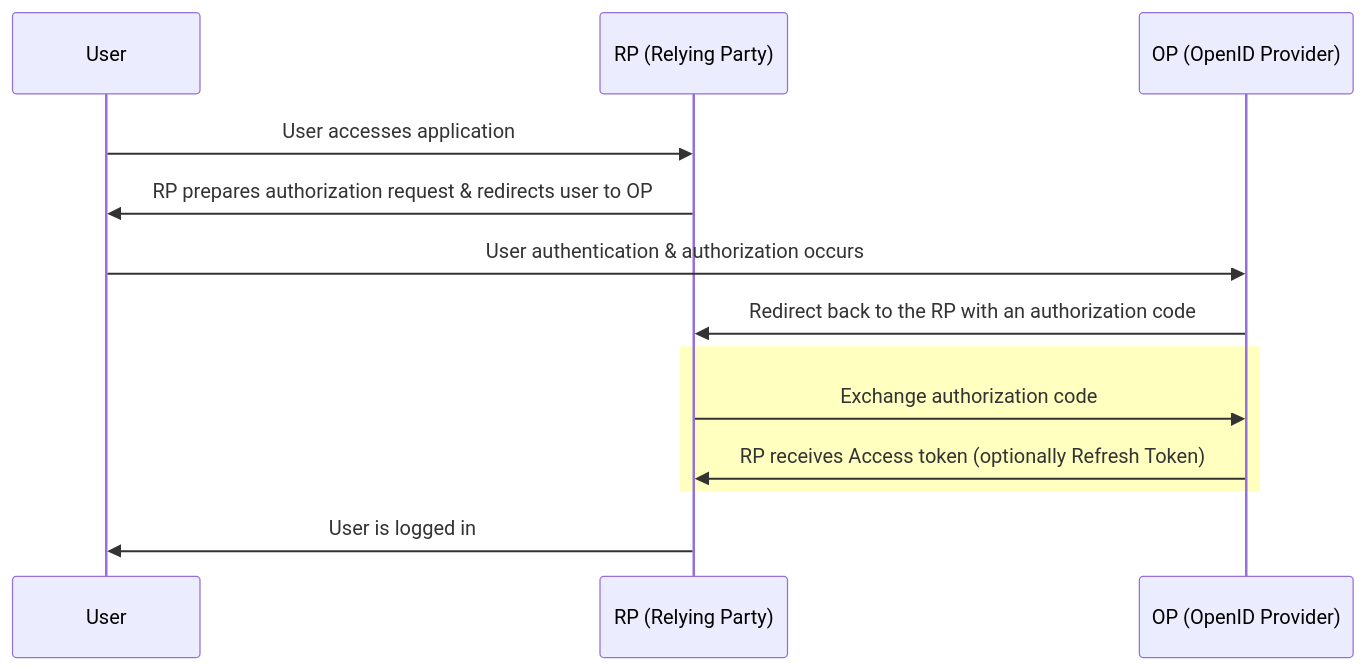
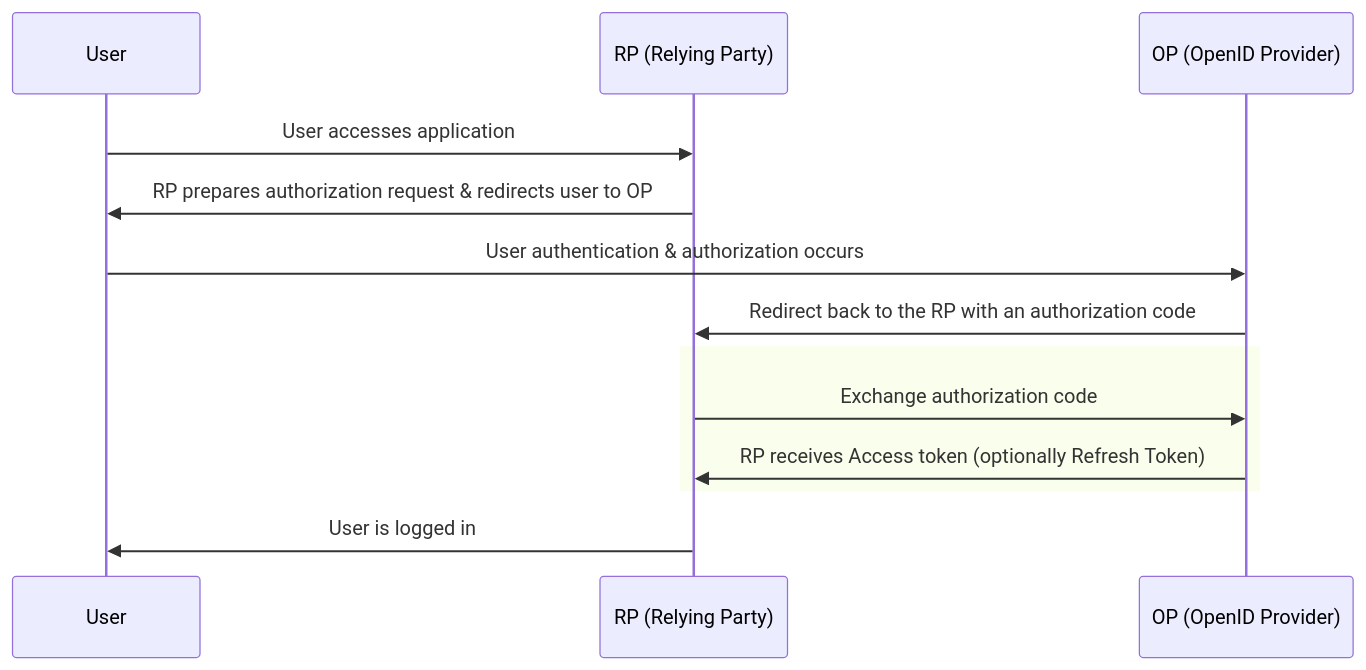
The diagram in website/docs/add-secure-apps/providers/oauth2/index.mdx (goauthentik/authentik), drawn with Mermaid before and after one commit. The commit also changed other lines of this file and 25 other files, not shown here.

````diff
--- a/website/docs/add-secure-apps/providers/oauth2/index.mdx
+++ b/website/docs/add-secure-apps/providers/oauth2/index.mdx
@@ -30,20 +30,20 @@
 ```mermaid
 sequenceDiagram
     participant user as User
     participant rp as RP (Relying Party)
     participant op as OP (OpenID Provider)
 
     user->>rp: User accesses application
     rp->>user: RP prepares authorization request & redirects user to OP
 
     user->>op: User authentication & authorization occurs
     op->>rp: Redirect back to the RP with an authorization code
 
-    rect rgb(255, 255, 191)
+    rect
 
         rp->>op: Exchange authorization code
         op->>rp: RP receives Access token (optionally Refresh Token)
     end
 
     rp->>user: User is logged in
 ```
````
